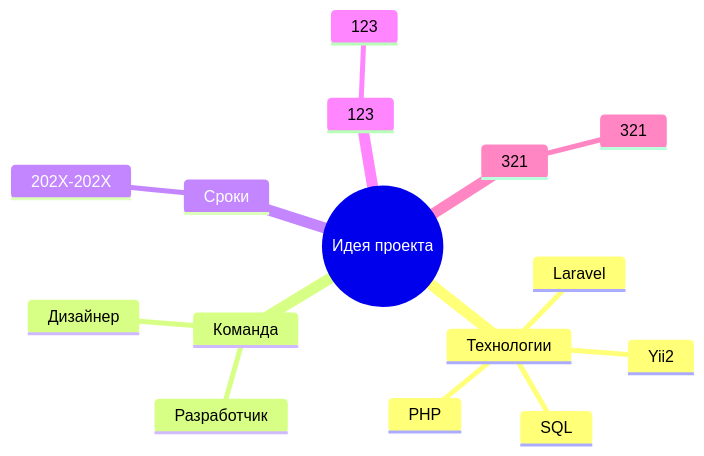
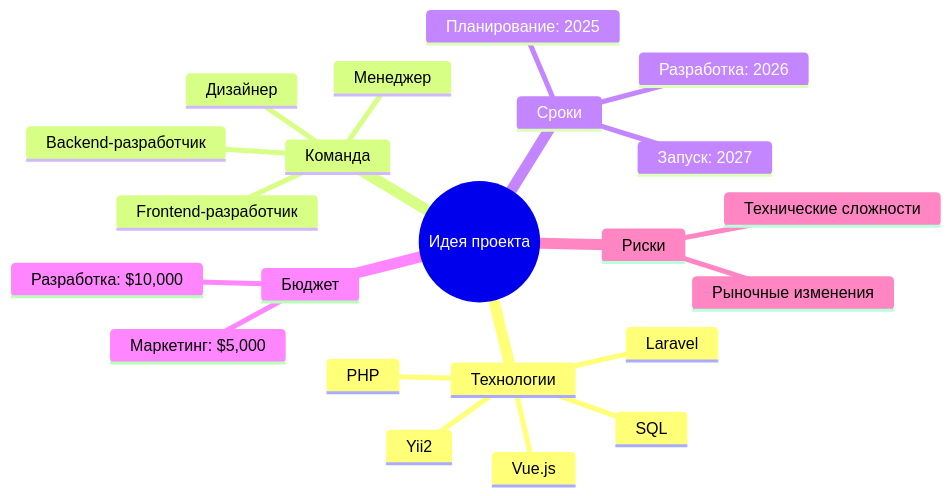
The first of 4 diagrams in README.md (b221b/b221b), drawn with Mermaid before and after one commit. The commit also changed other lines of this file, not shown here.

````diff
--- a/README.md
+++ b/README.md
@@ -99,18 +101,25 @@
 ```mermaid
 mindmap
   root((Идея проекта))
     Технологии
       PHP
       Yii2
       Laravel
       SQL
+      Vue.js
     Команда
-      Разработчик
+      Backend-разработчик
+      Frontend-разработчик
       Дизайнер
+      Менеджер
     Сроки
-      202X-202X
-    123
-      123
-    321
-      321
+      Планирование: 2025
+      Разработка: 2026
+      Запуск: 2027
+    Бюджет
+      Разработка: $10,000
+      Маркетинг: $5,000
+    Риски
+      Технические сложности
+      Рыночные изменения
 ```
````
